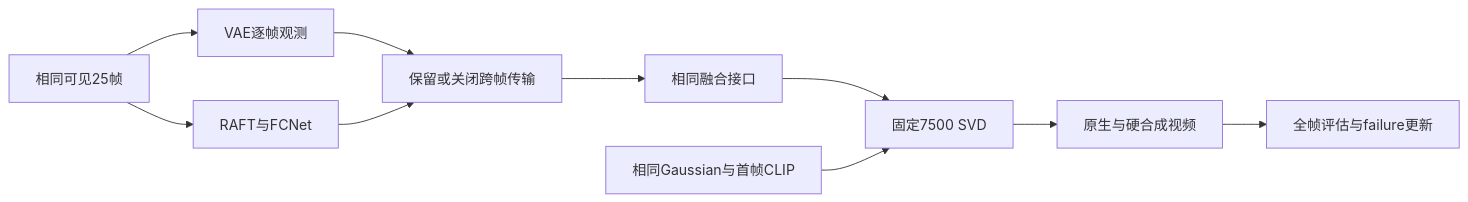
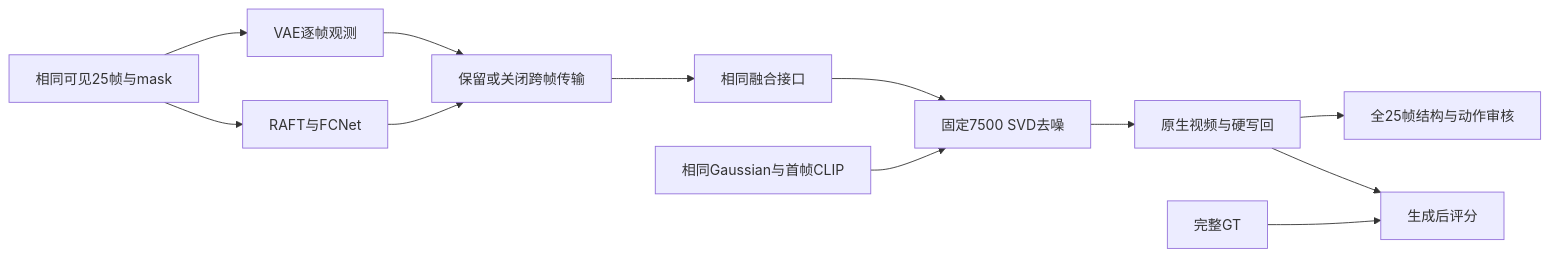
One commit to yunlongdeng123/Motion-Proj changed the diagram in docs/v81/P1_STEP7500_EVALUATION_R1.md. Above: the diagram before and after it, drawn with Mermaid. The commit also changed other lines of this file and 7 other files, not shown here.

````diff
--- a/docs/v81/P1_STEP7500_EVALUATION_R1.md
+++ b/docs/v81/P1_STEP7500_EVALUATION_R1.md
@@ -5,12 +7,14 @@
 ```mermaid
 flowchart LR
-    X[相同可见25帧] --> E[VAE逐帧观测]
+    X[相同可见25帧与mask] --> E[VAE逐帧观测]
     X --> F[RAFT与FCNet]
     E --> P[保留或关闭跨帧传输]
     F --> P
     P --> C[相同融合接口]
-    C --> U[固定7500 SVD]
+    C --> U[固定7500 SVD去噪]
     Z[相同Gaussian与首帧CLIP] --> U
-    U --> Y[原生与硬合成视频]
-    Y --> A[全帧评估与failure更新]
+    U --> Y[原生视频与硬写回]
+    Y --> A[全25帧结构与动作审核]
+    GT[完整GT] --> M[生成后评分]
+    Y --> M
 ```
````
